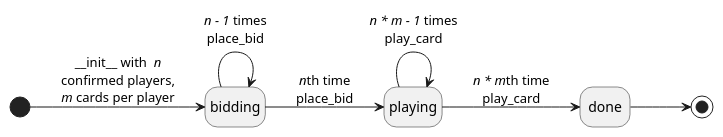
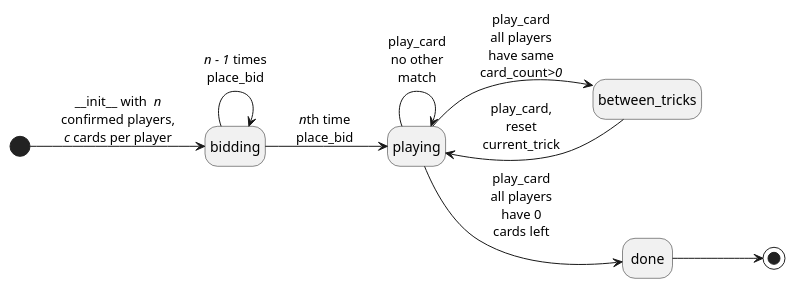
The fifth of 5 diagrams in README.org (pcrama/rikiki), drawn with PlantUML before and after one commit. The commit also changed other lines of this file and 11 other files, not shown here.

Commit message:
Add BETWEEN_TRICKS state to Round to let Players see last played card

```diff
--- a/README.org
+++ b/README.org
@@ -181,10 +181,12 @@
 #+BEGIN_SRC plantuml :file doc/models_round_state_diagram.png
   hide empty description
   left to right direction
-  [*] --> bidding : _~_init~_~_ with  //n//\nconfirmed players,\n//m// cards per player
+  [*] --> bidding : _~_init~_~_ with  //n//\nconfirmed players,\n//c// cards per player
   bidding --> bidding : //n - 1// times\nplace_bid
   bidding --> playing : //n//th time\nplace_bid
-  playing --> playing : //n * m - 1// times\nplay_card
-  playing --> done : //n * m//th time\nplay_card
+  playing --> playing : play_card\nno other\nmatch
+  playing --> between_tricks : play_card\nall players\nhave same\ncard_count//>0//
+  between_tricks --> playing : play_card,\nreset\ncurrent_trick
+  playing --> done : play_card\nall players\nhave 0\ncards left
   done --> [*]
 #+END_SRC
```
